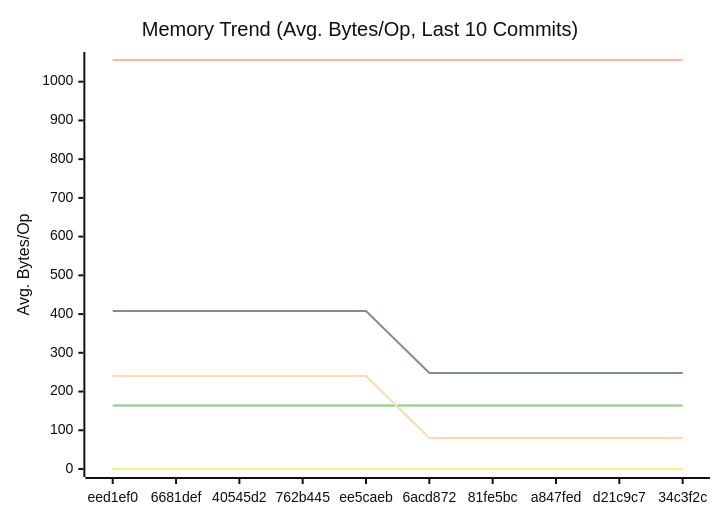
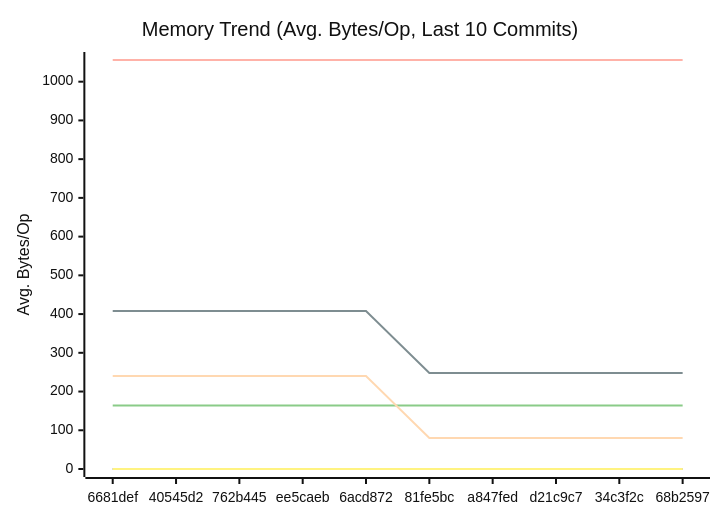
Before and after one commit to alsotoes/momo: the second of 3 diagrams in docs/PERFORMANCE.md, drawn with Mermaid (neutral theme). The commit also changed other lines of this file and 2 other files, not shown here.

````diff
--- a/docs/PERFORMANCE.md
+++ b/docs/PERFORMANCE.md
@@ -97,16 +97,16 @@
 ```mermaid
 xychart-beta
     title "Memory Trend (Avg. Bytes/Op, Last 10 Commits)"
     x-axis "Commit"
     y-axis "Avg. Bytes/Op"
-    x-axis [eed1ef0,6681def,40545d2,762b445,ee5caeb,6acd872,81fe5bc,a847fed,d21c9c7,34c3f2c]
+    x-axis [6681def,40545d2,762b445,ee5caeb,6acd872,81fe5bc,a847fed,d21c9c7,34c3f2c,68b2597]
     line "CheckMetricsAndSwap" [0,0,0,0,0,0,0,0,0,0]
     line "CrushOptimized" [0,0,0,0,0,0,0,0,0,0]
     line "CrushOriginal" [164,164,164,164,164,164,164,164,164,164]
     line "IndexDirectTracking" [0,0,0,0,0,0,0,0,0,0]
     line "IndexSearch" [0,0,0,0,0,0,0,0,0,0]
     line "LoadGlobalConfig" [1056,1056,1056,1056,1056,1056,1056,1056,1056,1056]
     line "PadString" [0,0,0,0,0,0,0,0,0,0]
     line "ParseReplicationOrder_NoPrealloc" [408,408,408,408,408,248,248,248,248,248]
     line "ParseReplicationOrder_Prealloc" [240,240,240,240,240,80,80,80,80,80]
 ```
````
